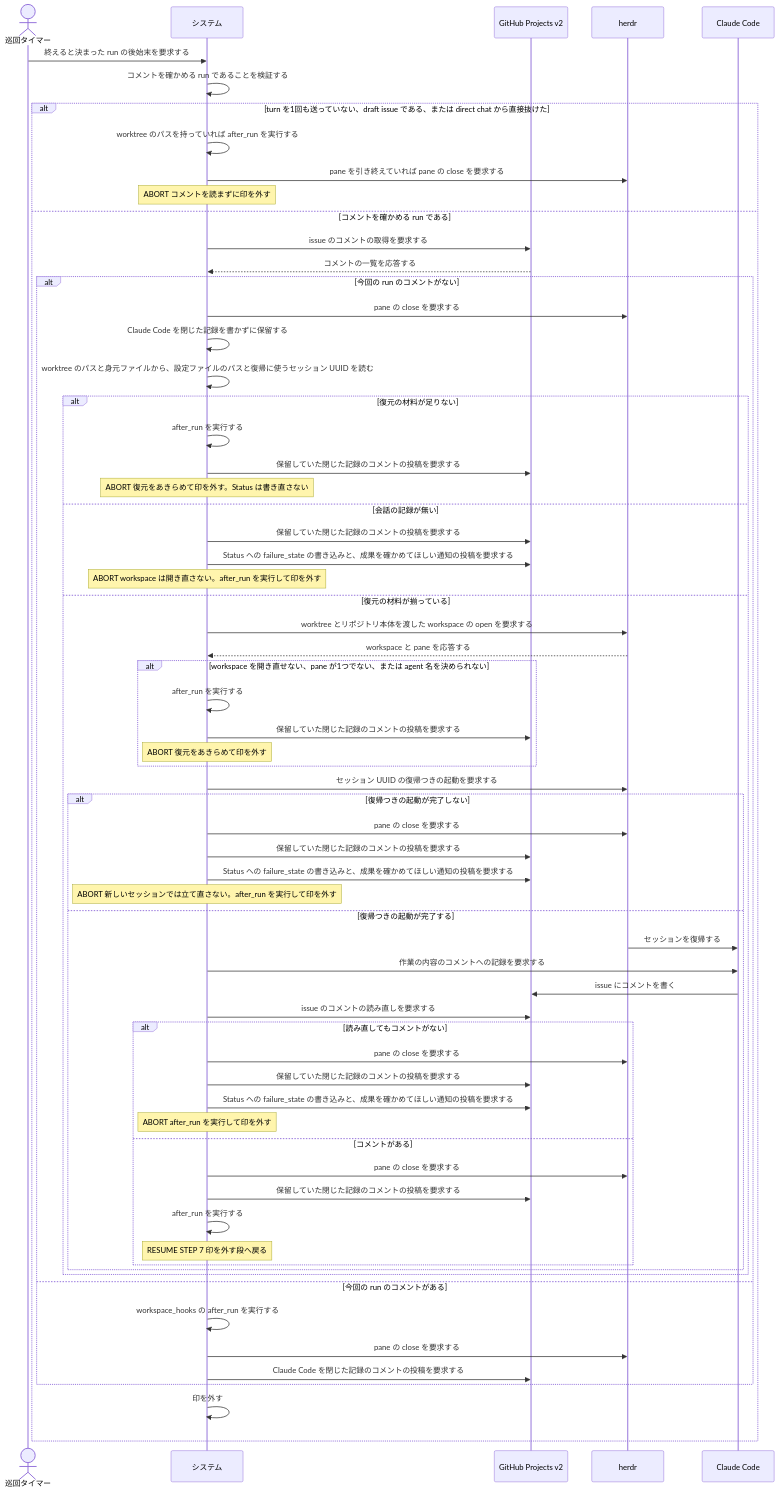
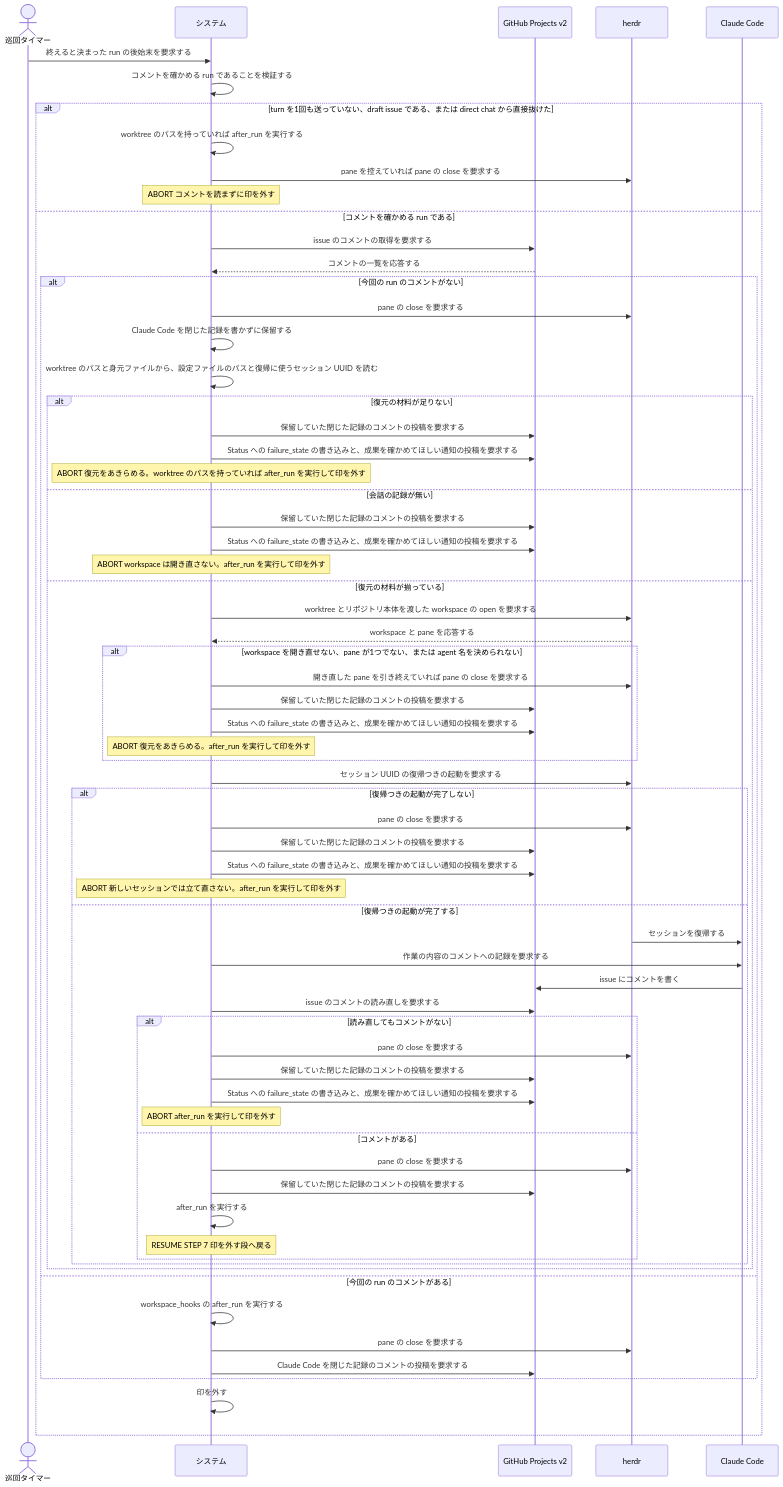
Before and after one commit to maimuzo/continuo: the first of 2 diagrams in docs/spec/usecases/particular_case/run を終えて worker を止める.rucm.md, drawn with Mermaid. The commit also changed other lines of this file and 86 other files, not shown here.

````diff
--- a/docs/spec/usecases/particular_case/run を終えて worker を止める.rucm.md
+++ b/docs/spec/usecases/particular_case/run を終えて worker を止める.rucm.md
@@ -235,69 +266,70 @@
 ```mermaid
 sequenceDiagram
     actor T as 巡回タイマー
     participant S as システム
     participant GH as GitHub Projects v2
     participant H as herdr
     participant CC as Claude Code
 
     T->>S: 終えると決まった run の後始末を要求する
     S->>S: コメントを確かめる run であることを検証する
     alt turn を1回も送っていない、draft issue である、または direct chat から直接抜けた
         S->>S: worktree のパスを持っていれば after_run を実行する
-        S->>H: pane を引き終えていれば pane の close を要求する
+        S->>H: pane を控えていれば pane の close を要求する
         Note over S: ABORT コメントを読まずに印を外す
     else コメントを確かめる run である
         S->>GH: issue のコメントの取得を要求する
         GH-->>S: コメントの一覧を応答する
         alt 今回の run のコメントがない
             S->>H: pane の close を要求する
             S->>S: Claude Code を閉じた記録を書かずに保留する
             S->>S: worktree のパスと身元ファイルから、設定ファイルのパスと復帰に使うセッション UUID を読む
             alt 復元の材料が足りない
-                S->>S: after_run を実行する
                 S->>GH: 保留していた閉じた記録のコメントの投稿を要求する
-                Note over S: ABORT 復元をあきらめて印を外す。Status は書き直さない
+                S->>GH: Status への failure_state の書き込みと、成果を確かめてほしい通知の投稿を要求する
+                Note over S: ABORT 復元をあきらめる。worktree のパスを持っていれば after_run を実行して印を外す
             else 会話の記録が無い
                 S->>GH: 保留していた閉じた記録のコメントの投稿を要求する
                 S->>GH: Status への failure_state の書き込みと、成果を確かめてほしい通知の投稿を要求する
                 Note over S: ABORT workspace は開き直さない。after_run を実行して印を外す
             else 復元の材料が揃っている
                 S->>H: worktree とリポジトリ本体を渡した workspace の open を要求する
                 H-->>S: workspace と pane を応答する
                 alt workspace を開き直せない、pane が1つでない、または agent 名を決められない
-                    S->>S: after_run を実行する
+                    S->>H: 開き直した pane を引き終えていれば pane の close を要求する
                     S->>GH: 保留していた閉じた記録のコメントの投稿を要求する
-                    Note over S: ABORT 復元をあきらめて印を外す
+                    S->>GH: Status への failure_state の書き込みと、成果を確かめてほしい通知の投稿を要求する
+                    Note over S: ABORT 復元をあきらめる。after_run を実行して印を外す
                 end
                 S->>H: セッション UUID の復帰つきの起動を要求する
                 alt 復帰つきの起動が完了しない
                     S->>H: pane の close を要求する
                     S->>GH: 保留していた閉じた記録のコメントの投稿を要求する
                     S->>GH: Status への failure_state の書き込みと、成果を確かめてほしい通知の投稿を要求する
                     Note over S: ABORT 新しいセッションでは立て直さない。after_run を実行して印を外す
                 else 復帰つきの起動が完了する
                     H->>CC: セッションを復帰する
                     S->>CC: 作業の内容のコメントへの記録を要求する
                     CC->>GH: issue にコメントを書く
                     S->>GH: issue のコメントの読み直しを要求する
                     alt 読み直してもコメントがない
                         S->>H: pane の close を要求する
                         S->>GH: 保留していた閉じた記録のコメントの投稿を要求する
                         S->>GH: Status への failure_state の書き込みと、成果を確かめてほしい通知の投稿を要求する
                         Note over S: ABORT after_run を実行して印を外す
                     else コメントがある
                         S->>H: pane の close を要求する
                         S->>GH: 保留していた閉じた記録のコメントの投稿を要求する
                         S->>S: after_run を実行する
                         Note over S: RESUME STEP 7 印を外す段へ戻る
                     end
                 end
             end
         else 今回の run のコメントがある
             S->>S: workspace_hooks の after_run を実行する
             S->>H: pane の close を要求する
             S->>GH: Claude Code を閉じた記録のコメントの投稿を要求する
         end
         S->>S: 印を外す
     end
 ```
````
